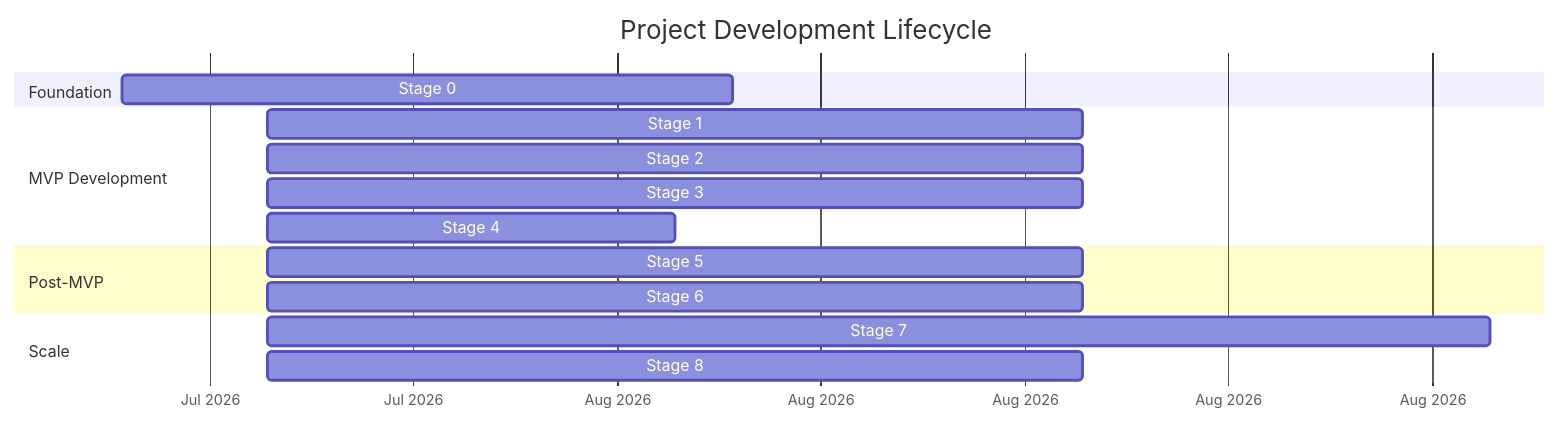
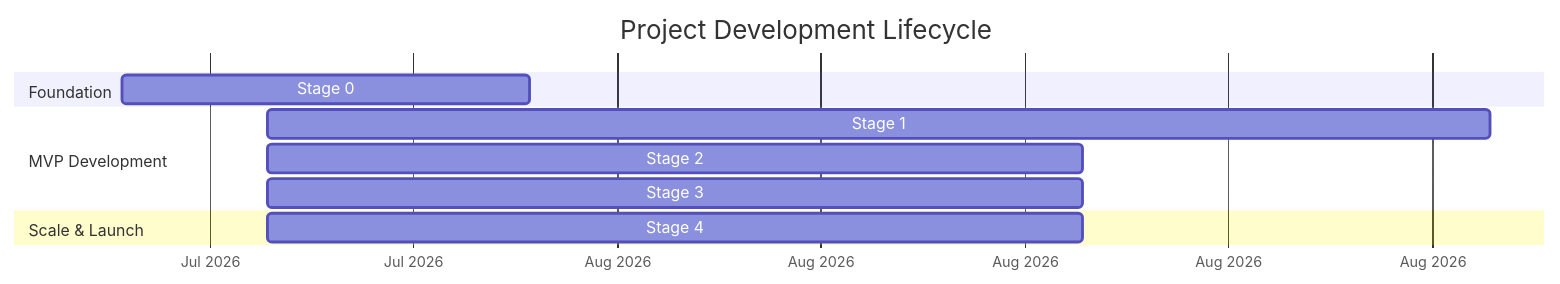
One commit to abduraximovv/TA changed the diagram in docs/PROJECT_LIFECYCLE.md. Above: the diagram before and after it, drawn with Mermaid. The commit also changed other lines of this file and 35 other files, not shown here.

````diff
--- a/docs/PROJECT_LIFECYCLE.md
+++ b/docs/PROJECT_LIFECYCLE.md
@@ -32,23 +37,17 @@
 ```mermaid
 gantt
     title Project Development Lifecycle
     dateFormat  YYYY-MM-DD
     axisFormat  %b %Y
 
     section Foundation
-    Stage 0: Foundation & Setup       :s0, 2026-07-16, 3w
+    Stage 0: Infrastructure       :s0, 2026-07-16, 2w
 
     section MVP Development
-    Stage 1: Informational Layer      :s1, after s0, 4w
-    Stage 2: Interactive Layer        :s2, after s1, 4w
-    Stage 3: Ecosystem Layer          :s3, after s2, 4w
-    Stage 4: MVP Polish & Demo        :s4, after s3, 2w
+    Stage 1: Premium UI & Core Backend  :s1, after s0, 6w
+    Stage 2: Business Workflows         :s2, after s1, 4w
+    Stage 3: Advanced Features          :s3, after s2, 4w
 
-    section Post-MVP
-    Stage 5: Engagement Features      :s5, after s4, 4w
-    Stage 6: Gov & Compliance         :s6, after s5, 4w
-
-    section Scale
-    Stage 7: Deep Tech                :s7, after s6, 6w
-    Stage 8: Launch & Growth          :s8, after s7, 4w
+    section Scale & Launch
+    Stage 4: Compliance & Launch        :s4, after s3, 4w
 ```
````
